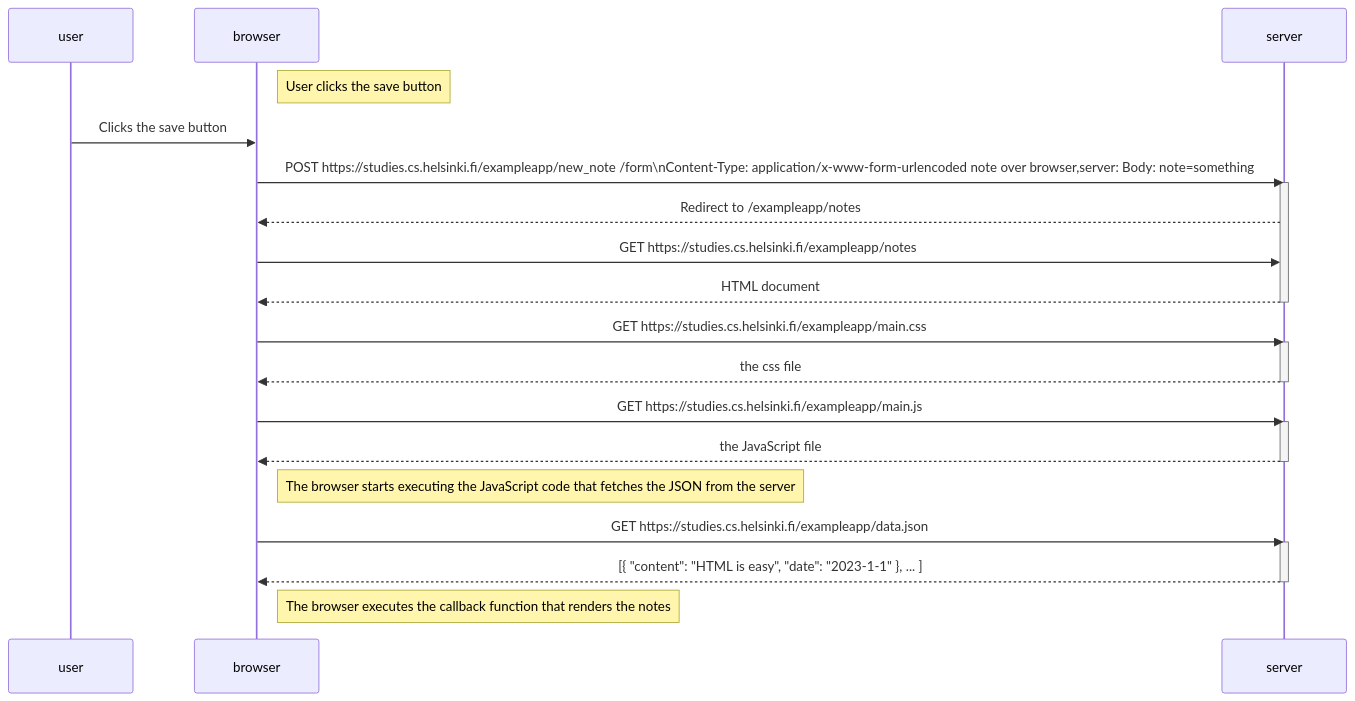
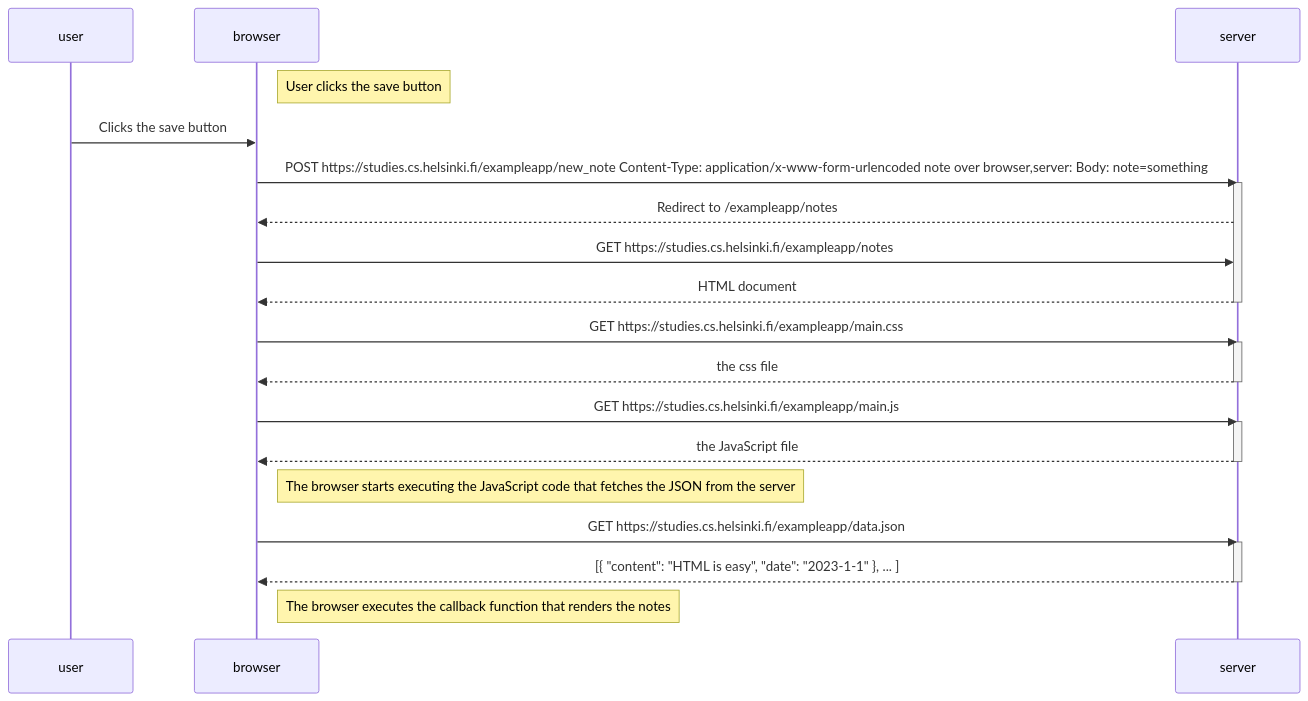
One commit to JuhKukko/fullstack-helsinki-university changed the diagram in osa0/README.md. Above: the diagram before and after it, drawn with Mermaid.

````diff
--- a/osa0/README.md
+++ b/osa0/README.md
@@ -3,34 +3,34 @@
 ```mermaid
 sequenceDiagram
     participant user
     participant browser
     participant server
     
     Note right of browser: User clicks the save button
     user->>browser: Clicks the save button
-    browser->>server: POST https://studies.cs.helsinki.fi/exampleapp/new_note /form\nContent-Type: application/x-www-form-urlencoded note over browser,server: Body: note=something
+    browser->>server: POST https://studies.cs.helsinki.fi/exampleapp/new_note Content-Type: application/x-www-form-urlencoded note over browser,server: Body: note=something
     activate server
     server-->>browser: Redirect to /exampleapp/notes
     browser->>server: GET https://studies.cs.helsinki.fi/exampleapp/notes
     server-->>browser: HTML document
     deactivate server
     
     browser->>server: GET https://studies.cs.helsinki.fi/exampleapp/main.css
     activate server
     server-->>browser: the css file
     deactivate server
     
     browser->>server: GET https://studies.cs.helsinki.fi/exampleapp/main.js
     activate server
     server-->>browser: the JavaScript file
     deactivate server
 
     Note right of browser: The browser starts executing the JavaScript code that fetches the JSON from the server
     
     browser->>server: GET https://studies.cs.helsinki.fi/exampleapp/data.json
     activate server
     server-->>browser: [{ "content": "HTML is easy", "date": "2023-1-1" }, ... ]
     deactivate server    
 
     Note right of browser: The browser executes the callback function that renders the notes 
 ```
````
